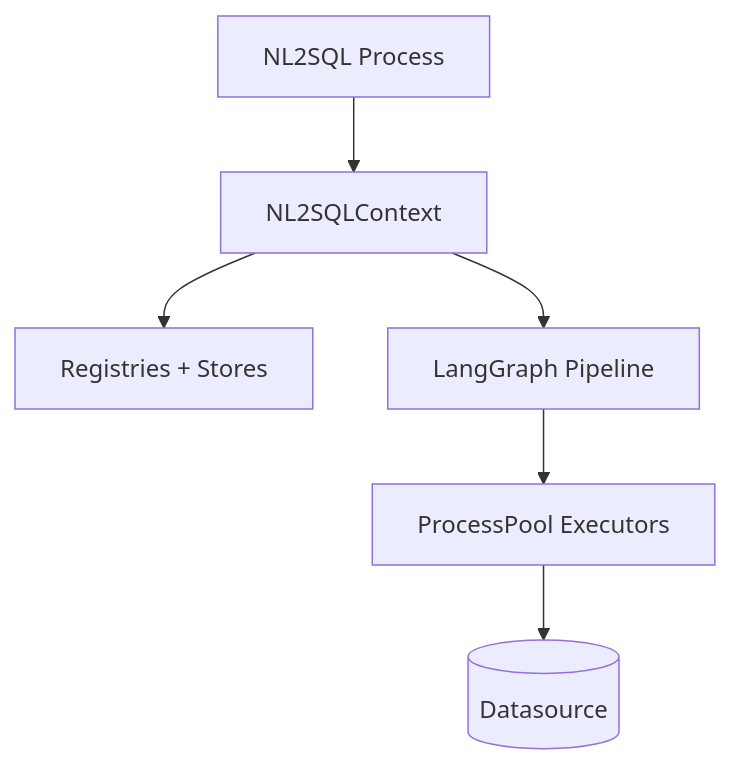
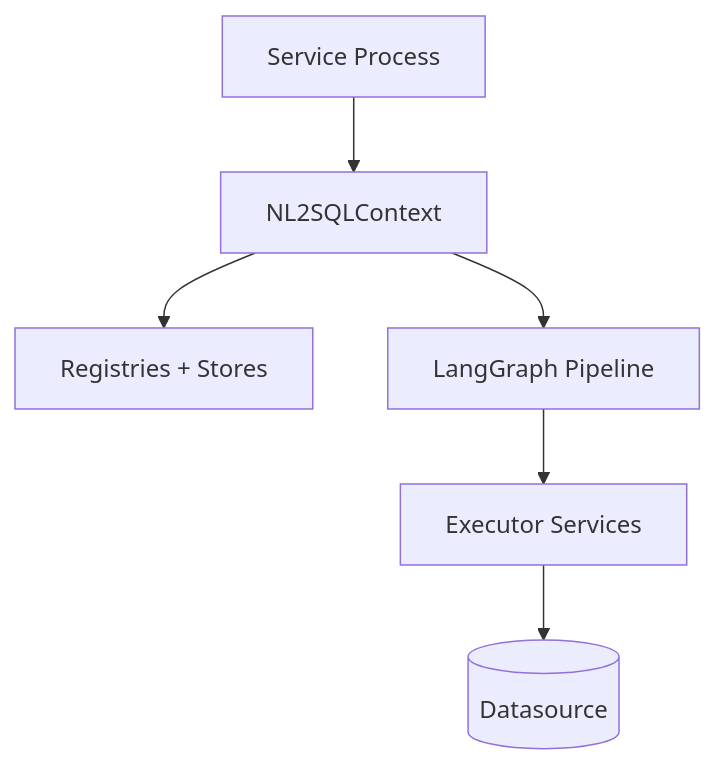
One commit to nadeem4/nl2sql changed the diagram in docs/deployment/architecture.md. Above: the diagram before and after it, drawn with Mermaid. The commit also changed other lines of this file and 46 other files, not shown here.

First line of the commit message:
feat: expand documentation and architecture details for NL2SQL

````diff
--- a/docs/deployment/architecture.md
+++ b/docs/deployment/architecture.md
@@ -7,8 +7,8 @@
 ```mermaid
 flowchart TD
-    App[NL2SQL Process] --> Context[NL2SQLContext]
+    App[Service Process] --> Context[NL2SQLContext]
     Context --> Registries[Registries + Stores]
     Context --> Graph[LangGraph Pipeline]
-    Graph --> Sandbox[ProcessPool Executors]
-    Sandbox --> DB[(Datasource)]
+    Graph --> Exec[Executor Services]
+    Exec --> DB[(Datasource)]
 ```
````
